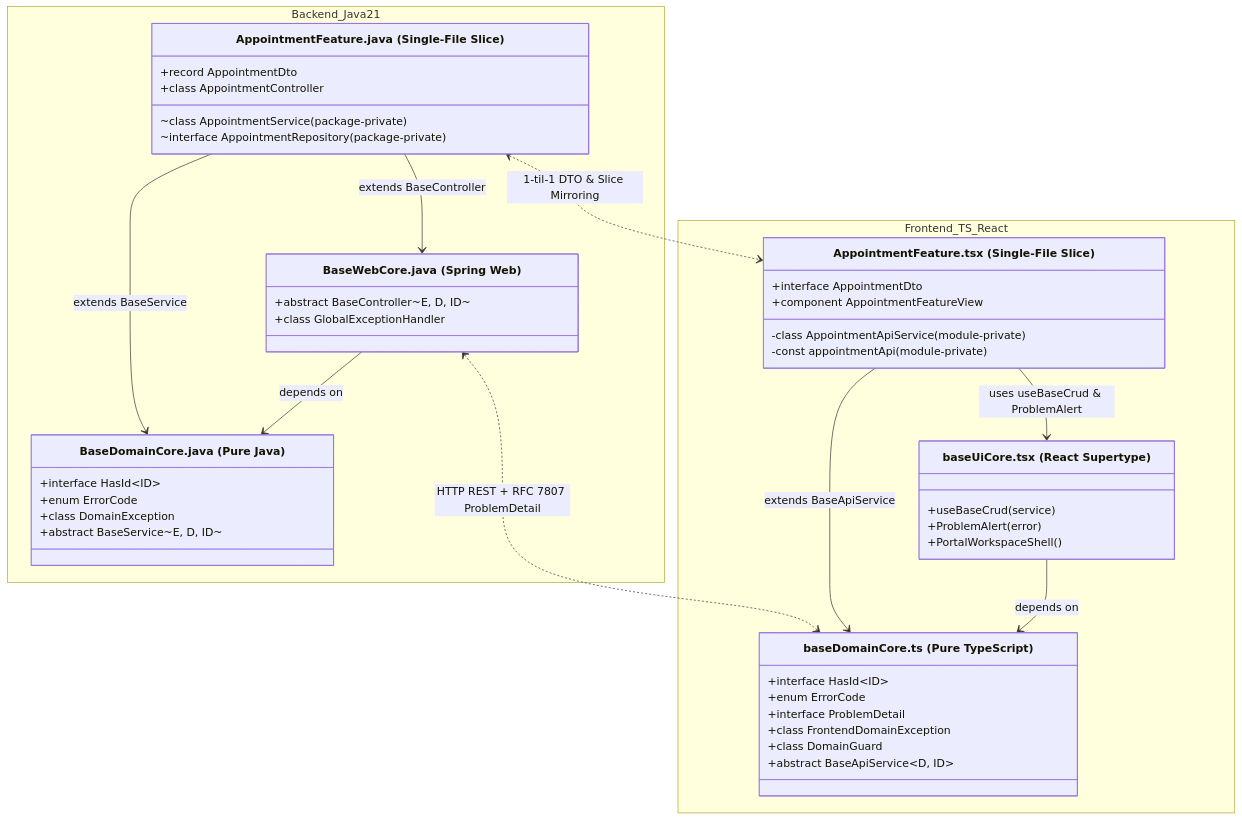
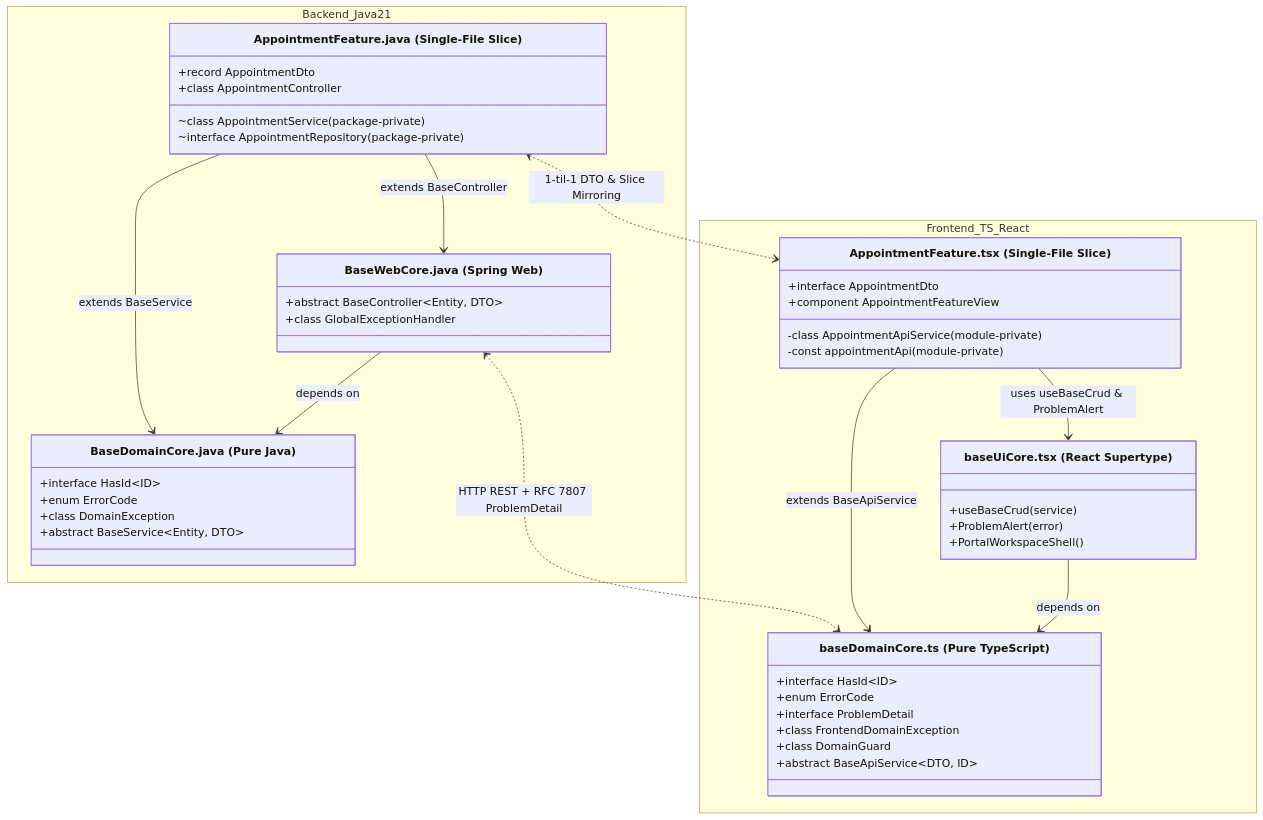
Before and after one commit to 7-3-N-3-7/api: the eighth of 24 diagrams in HOVEDOPGAVE_DIAGRAMMER.md, drawn with Mermaid. The commit also changed other lines of this file and 64 other files, not shown here.

First line of the commit message:
fix github pages diagrams (#104)

````diff
--- a/HOVEDOPGAVE_DIAGRAMMER.md
+++ b/HOVEDOPGAVE_DIAGRAMMER.md
@@ -441,56 +441,56 @@
 ```mermaid
 classDiagram
     direction TB
 
     namespace Backend_Java21 {
         class BaseDomainCore_Java["BaseDomainCore.java (Pure Java)"] {
             +interface HasId~ID~
             +enum ErrorCode
             +class DomainException
-            +abstract BaseService~E, D, ID~
+            +abstract BaseService~Entity, DTO~
         }
         class BaseWebCore_Java["BaseWebCore.java (Spring Web)"] {
-            +abstract BaseController~E, D, ID~
+            +abstract BaseController~Entity, DTO~
             +class GlobalExceptionHandler
         }
         class AppointmentFeature_Java["AppointmentFeature.java (Single-File Slice)"] {
             +record AppointmentDto
             +class AppointmentController
             ~class AppointmentService (package-private)
             ~interface AppointmentRepository (package-private)
         }
     }
 
     namespace Frontend_TS_React {
         class baseDomainCore_TS["baseDomainCore.ts (Pure TypeScript)"] {
             +interface HasId~ID~
             +enum ErrorCode
             +interface ProblemDetail
             +class FrontendDomainException
             +class DomainGuard
-            +abstract BaseApiService~D, ID~
+            +abstract BaseApiService~DTO, ID~
         }
         class baseUiCore_TSX["baseUiCore.tsx (React Supertype)"] {
             +useBaseCrud(service)
             +ProblemAlert(error)
             +PortalWorkspaceShell()
         }
         class AppointmentFeature_TSX["AppointmentFeature.tsx (Single-File Slice)"] {
             +interface AppointmentDto
             +component AppointmentFeatureView
             -class AppointmentApiService (module-private)
             -const appointmentApi (module-private)
         }
     }
 
     BaseWebCore_Java --> BaseDomainCore_Java : depends on
     AppointmentFeature_Java --> BaseDomainCore_Java : extends BaseService
     AppointmentFeature_Java --> BaseWebCore_Java : extends BaseController
 
     baseUiCore_TSX --> baseDomainCore_TS : depends on
     AppointmentFeature_TSX --> baseDomainCore_TS : extends BaseApiService
     AppointmentFeature_TSX --> baseUiCore_TSX : uses useBaseCrud & ProblemAlert
 
     BaseWebCore_Java <..> baseDomainCore_TS : HTTP REST + RFC 7807 ProblemDetail
     AppointmentFeature_Java <..> AppointmentFeature_TSX : 1-til-1 DTO & Slice Mirroring
 ```
````
